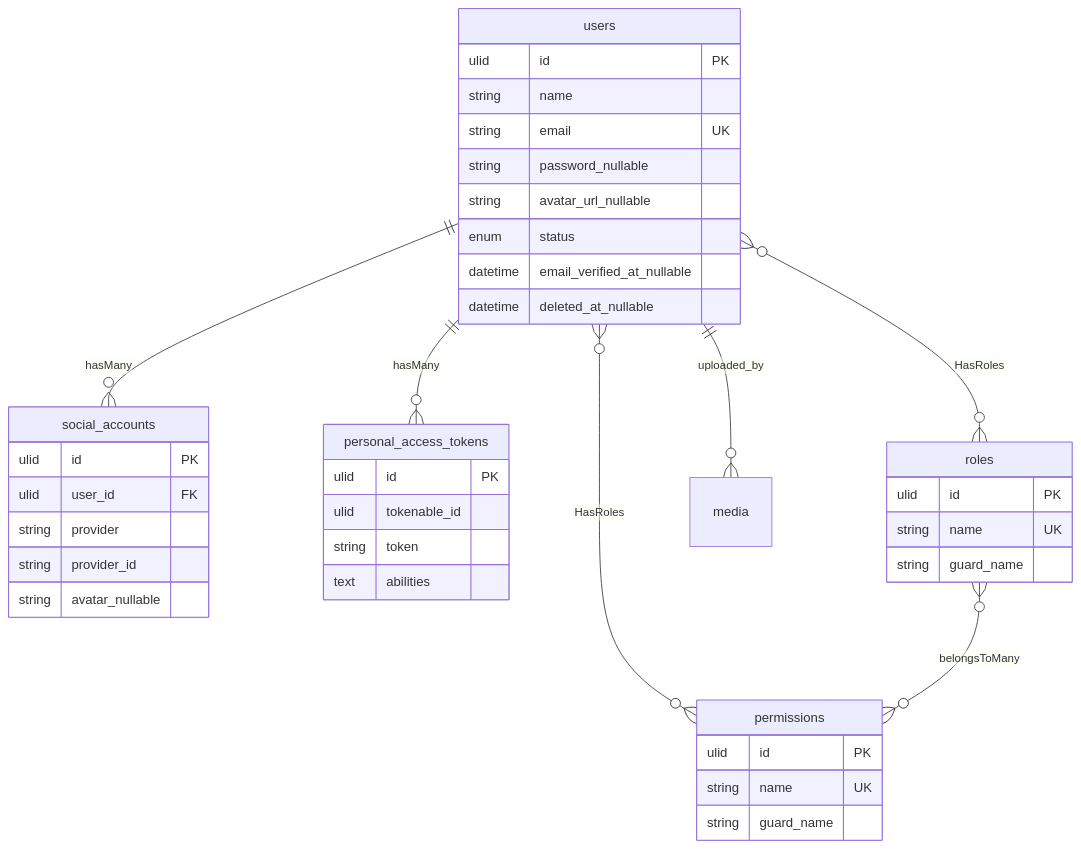
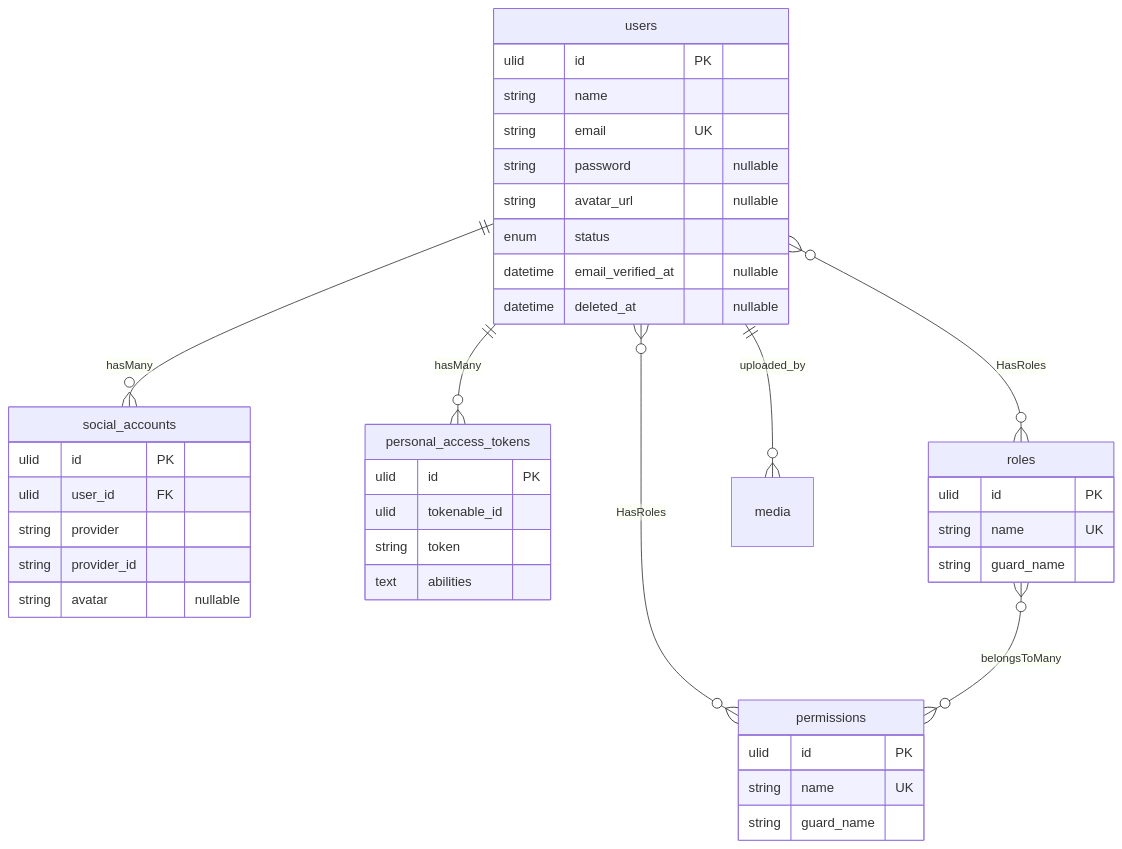
The first of 4 diagrams in modules/IAM/README.md (thomiOmi/laravel-starterkit-api), drawn with Mermaid before and after one commit. The commit also changed other lines of this file and 1 other file, not shown here.

First line of the commit message:
fix(docs): audit and fix mermaid diagrams in module READMEs

````diff
--- a/modules/IAM/README.md
+++ b/modules/IAM/README.md
@@ -60,43 +61,43 @@
 ```mermaid
 erDiagram
     users ||--o{ social_accounts : hasMany
     users ||--o{ personal_access_tokens : hasMany
     users }o--o{ roles : HasRoles
     users }o--o{ permissions : HasRoles
     roles }o--o{ permissions : belongsToMany
     users ||--o{ media : uploaded_by
 
     users {
         ulid id PK
         string name
         string email UK
-        string password_nullable
-        string avatar_url_nullable
+        string password "nullable"
+        string avatar_url "nullable"
         enum status
-        datetime email_verified_at_nullable
-        datetime deleted_at_nullable
+        datetime email_verified_at "nullable"
+        datetime deleted_at "nullable"
     }
     social_accounts {
         ulid id PK
         ulid user_id FK
         string provider
         string provider_id
-        string avatar_nullable
+        string avatar "nullable"
     }
     roles {
         ulid id PK
         string name UK
         string guard_name
     }
     permissions {
         ulid id PK
         string name UK
         string guard_name
     }
     personal_access_tokens {
         ulid id PK
         ulid tokenable_id
         string token
         text abilities
     }
 ```
````
